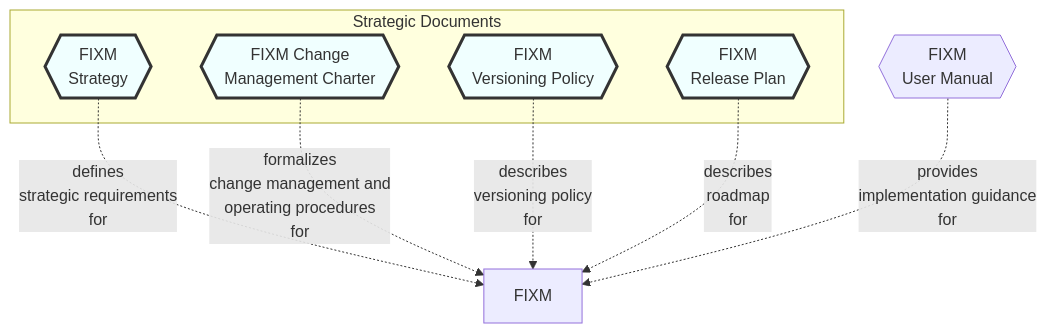
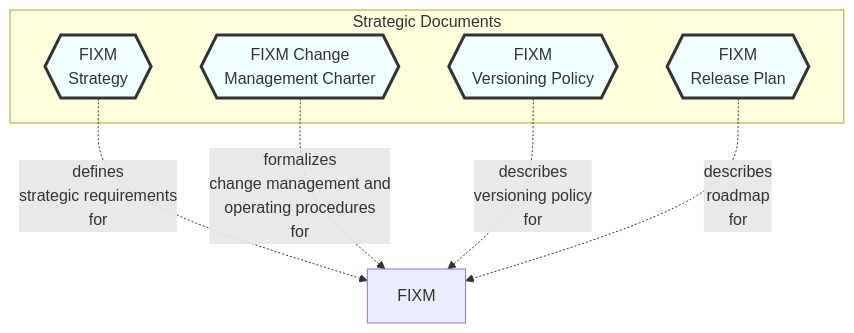
Before and after one commit to hlepori/test_docsify: the diagram in docs/home.md, drawn with Mermaid.

````diff
--- a/docs/home.md
+++ b/docs/home.md
@@ -5,26 +5,25 @@
 ```mermaid
 graph TD
 
 FIXM
-USERMANUAL{{FIXM<br>User Manual}}
 
 subgraph Strategic Documents
 STRATEGY{{FIXM<br>Strategy}}
 CHARTER{{FIXM Change<br>Management Charter}}
 VERSIONING{{FIXM<br>Versioning Policy}}
 RELEASEPLAN{{FIXM<br>Release Plan}}
 end
 
 STRATEGY-. defines<br>strategic requirements<br>for .-> FIXM
 CHARTER-.  formalizes<br>change management and<br>operating procedures<br>for .-> FIXM
 VERSIONING-. describes<br>versioning policy<br>for .-> FIXM
 RELEASEPLAN-. describes<br>roadmap<br>for .-> FIXM
-USERMANUAL-. provides<br>implementation guidance<br>for .-> FIXM
 
 style STRATEGY fill:#F0FFFF,stroke:#333,stroke-width:3px
 style CHARTER fill:#F0FFFF,stroke:#333,stroke-width:3px
 style VERSIONING fill:#F0FFFF,stroke:#333,stroke-width:3px
 style RELEASEPLAN fill:#F0FFFF,stroke:#333,stroke-width:3px
+style RELEASEPLAN fill:#F0FFFF,stroke:#333,stroke-width:3px
 
-click STRATEGY "https://ost.eurocontrol.int/sites/FIXM/Lists/Bug%20reports/AllItems.aspx" "Go to the FIXM Strategy" _blank
+click STRATEGY "https://ost.eurocontrol.int/sites/FIXM/Lists/Bug%20reports/AllItems.aspx" "Browse the FIXM Strategy"
 ```
````
